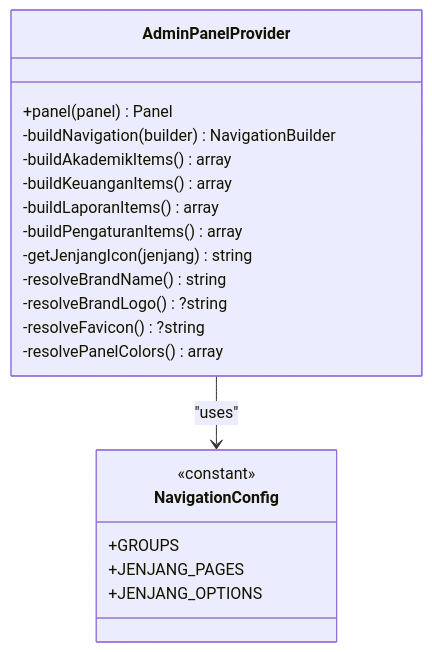
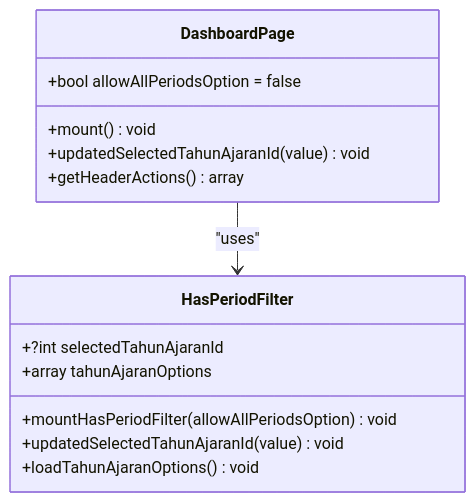
One commit to Fathurrahman-R/Manajemen-Keuangan-dan-SPP-Handayani changed the third of 14 diagrams in .qoder/repowiki/en/content/Project Overview/System Architecture/Application Components/Admin Panel Components/Filament Pages.md. Above: the diagram before and after it, drawn with Mermaid. The commit also changed other lines of this file and 77 other files, not shown here.

````diff
--- a/.qoder/repowiki/en/content/Project Overview/System Architecture/Application Components/Admin Panel Components/Filament Pages.md
+++ b/.qoder/repowiki/en/content/Project Overview/System Architecture/Application Components/Admin Panel Components/Filament Pages.md
@@ -115,23 +129,17 @@
 ```mermaid
 classDiagram
-class AdminPanelProvider {
-+panel(panel) Panel
--buildNavigation(builder) NavigationBuilder
--buildAkademikItems() array
--buildKeuanganItems() array
--buildLaporanItems() array
--buildPengaturanItems() array
--getJenjangIcon(jenjang) string
--resolveBrandName() string
--resolveBrandLogo() ?string
--resolveFavicon() ?string
--resolvePanelColors() array
+class DashboardPage {
++bool allowAllPeriodsOption = false
++mount() void
++updatedSelectedTahunAjaranId(value) void
++getHeaderActions() array
 }
-class NavigationConfig {
-<<constant>>
-+GROUPS
-+JENJANG_PAGES
-+JENJANG_OPTIONS
+class HasPeriodFilter {
++?int selectedTahunAjaranId
++array tahunAjaranOptions
++mountHasPeriodFilter(allowAllPeriodsOption) void
++updatedSelectedTahunAjaranId(value) void
++loadTahunAjaranOptions() void
 }
-AdminPanelProvider --> NavigationConfig : "uses"
+DashboardPage --> HasPeriodFilter : "uses"
 ```
````
